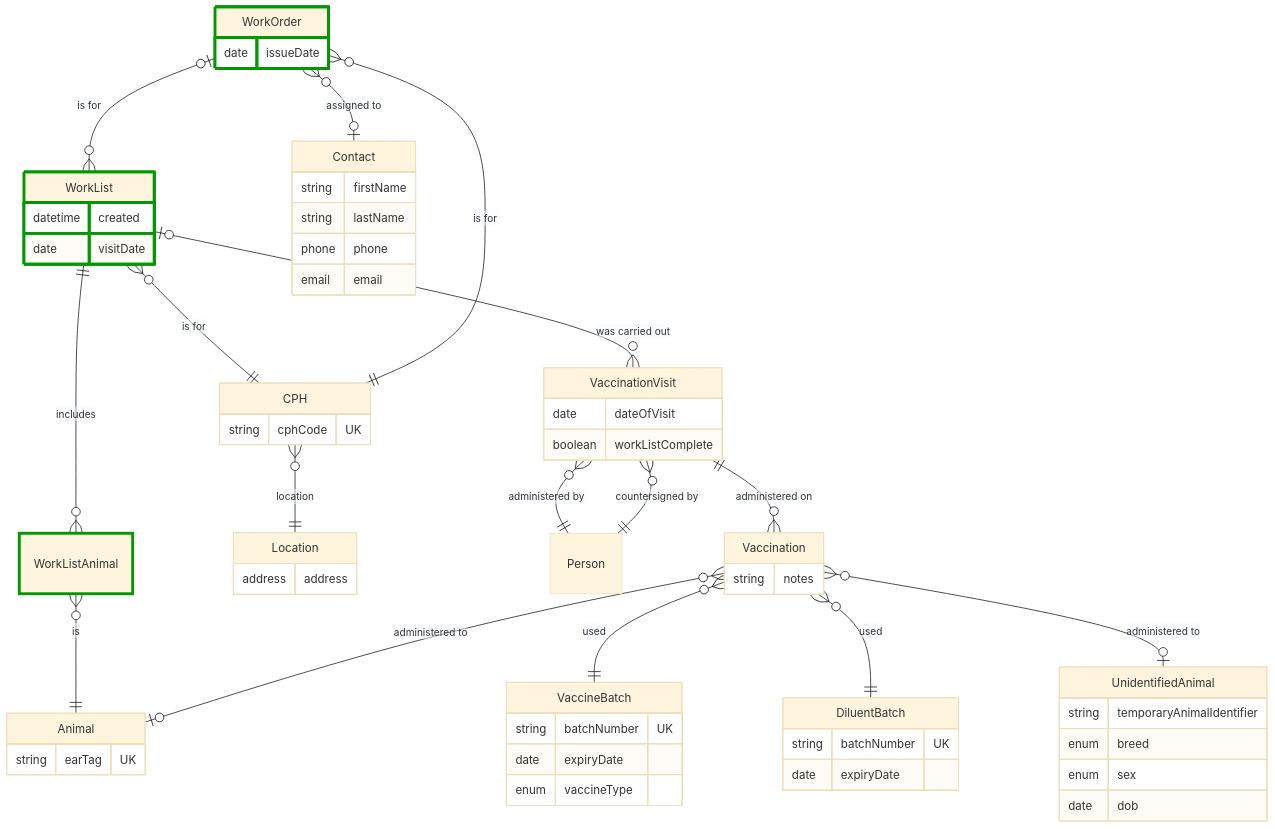
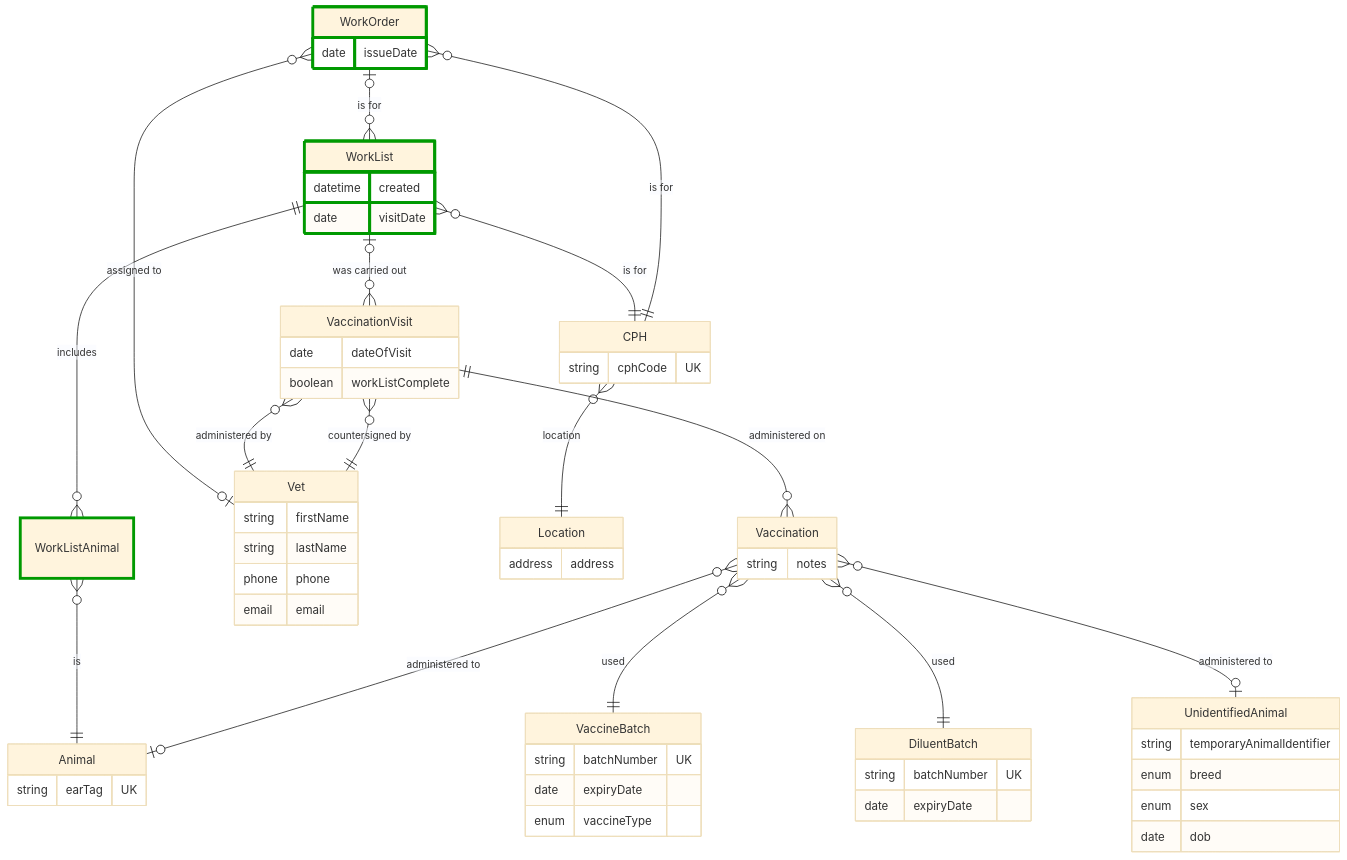
The second of 3 diagrams in technology/data-architecture/structure-view/README.md (DEFRA/cattle-vaccination-documentation), drawn with Mermaid (base theme) before and after one commit. The commit also changed other lines of this file, not shown here.

Commit message:
A few more tweaks

```diff
--- a/technology/data-architecture/structure-view/README.md
+++ b/technology/data-architecture/structure-view/README.md
@@ -100,7 +98,7 @@
 
   style WorkList,WorkListAnimal,WorkOrder stroke:#090,stroke-width:4px
 
-  Contact {
+  Vet {
     string firstName
     string lastName
     phone phone
@@ -153,10 +151,10 @@
 
   WorkOrder |o--o{ WorkList : "is for"
   WorkOrder }o--|| CPH : "is for"
-  WorkOrder }o--o| Contact : "assigned to"
+  WorkOrder }o--o| Vet : "assigned to"
 
-  VaccinationVisit }o--|| Person : "administered by"
-  VaccinationVisit }o--|| Person : "countersigned by"
+  VaccinationVisit }o--|| Vet : "administered by"
+  VaccinationVisit }o--|| Vet : "countersigned by"
 
   Vaccination {
     string notes
```
